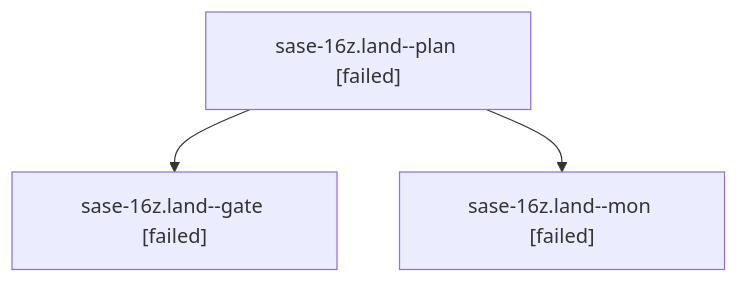
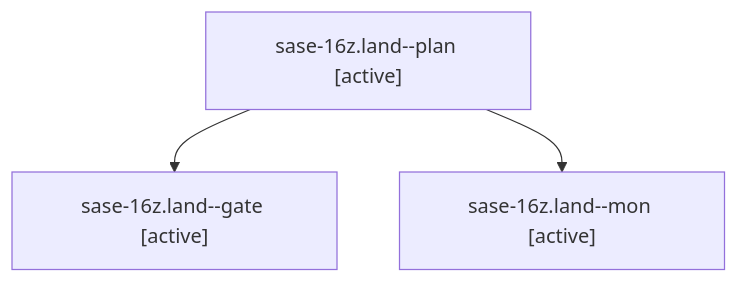
The diagram in families/bbugyi200.athena.sase-16z.land.md (sase-org/sase--agents), drawn with Mermaid before and after one commit. The commit also changed other lines of this file and 35830 other files, not shown here.

````diff
--- a/families/bbugyi200.athena.sase-16z.land.md
+++ b/families/bbugyi200.athena.sase-16z.land.md
@@ -9,8 +9,8 @@
 ```mermaid
 flowchart TD
-  n0["sase-16z.land--plan [failed]"]
-  n1["sase-16z.land--gate [failed]"]
+  n0["sase-16z.land--plan [active]"]
+  n1["sase-16z.land--gate [active]"]
   n0 --> n1
-  n2["sase-16z.land--mon [failed]"]
+  n2["sase-16z.land--mon [active]"]
   n0 --> n2
 ```
````
